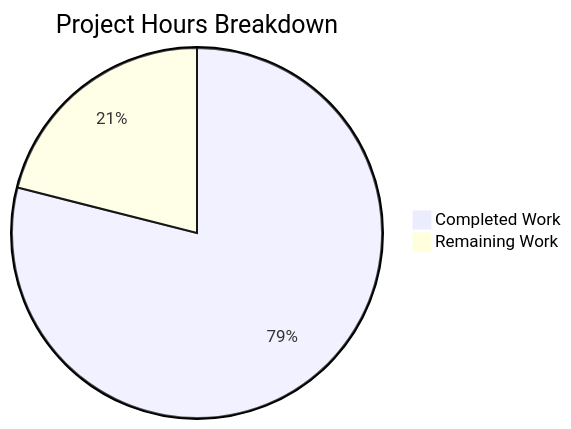
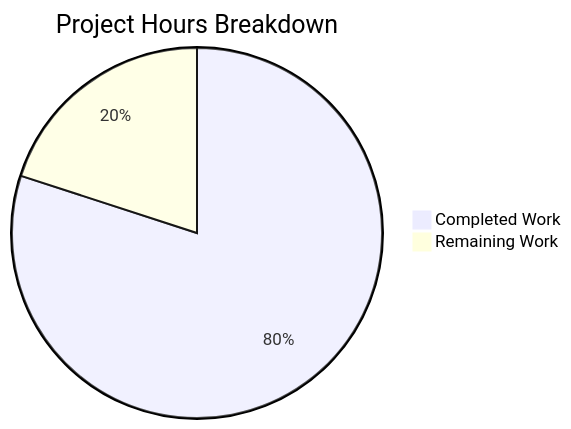
Before and after one commit to sudhanshu-spec/test-spec: the diagram in blitzy/documentation/Project Guide.md, drawn with Mermaid. The commit also changed other lines of this file, not shown here.

Commit message:
Adding Blitzy Project Guide: Project Status and Human Tasks Remaining

````diff
--- a/blitzy/documentation/Project Guide.md
+++ b/blitzy/documentation/Project Guide.md
@@ -101,5 +106,5 @@
 ```mermaid
 pie title Project Hours Breakdown
-    "Completed Work" : 15
-    "Remaining Work" : 4
+    "Completed Work" : 12
+    "Remaining Work" : 3
 ```
````
